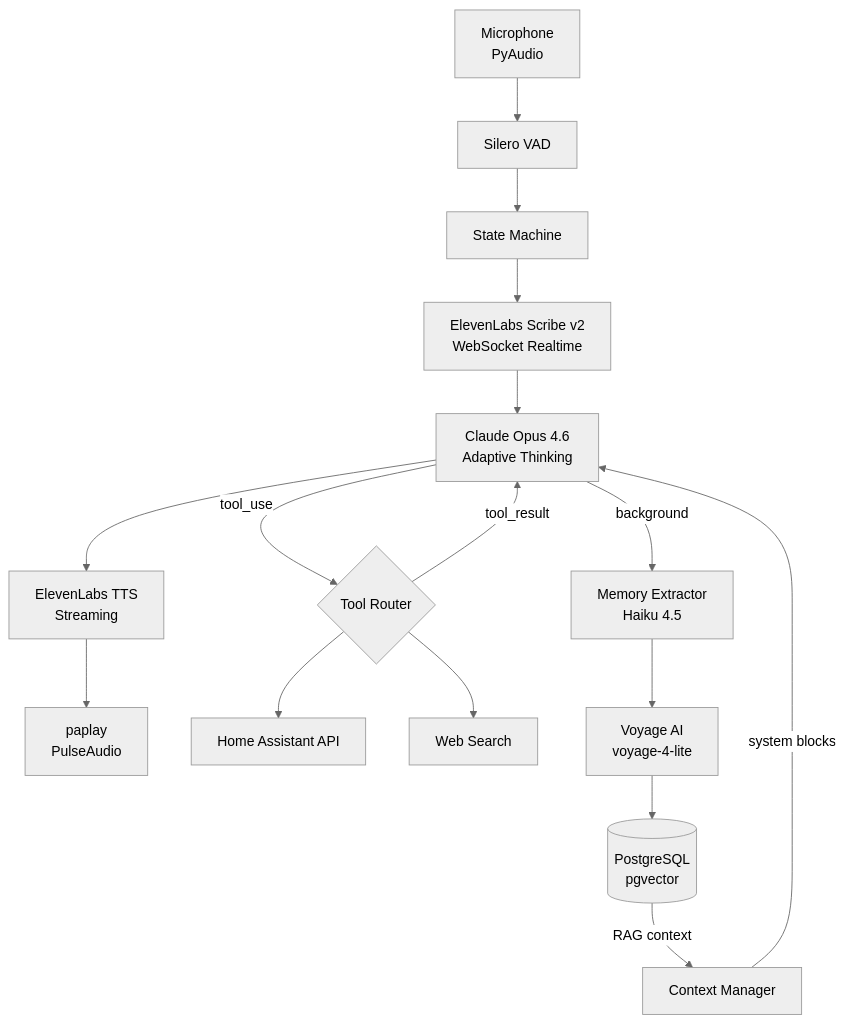
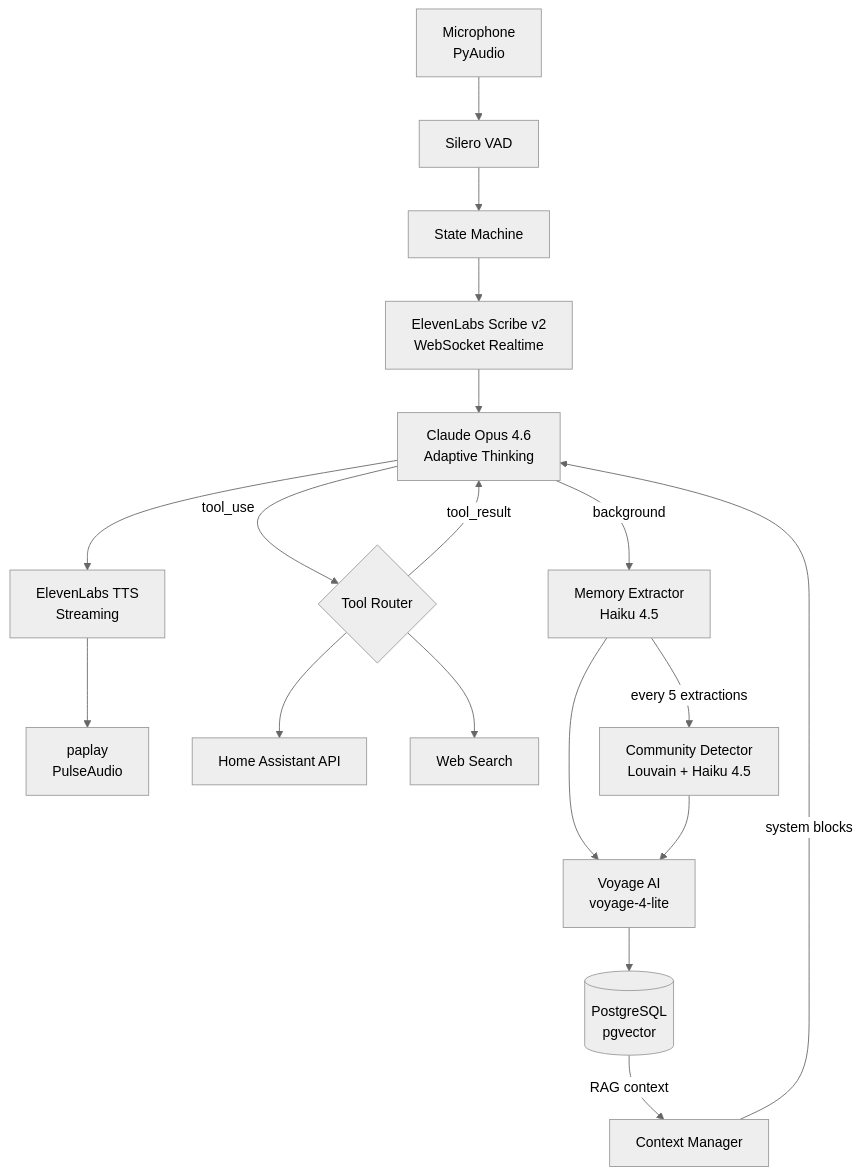
Before and after one commit to NorthProt-Inc/prot: the first of 2 diagrams in README.md, drawn with Mermaid (neutral theme). The commit also changed other lines of this file and 3 other files, not shown here.

````diff
--- a/README.md
+++ b/README.md
@@ -21,20 +23,22 @@
 ```mermaid
 graph TD
     MIC[Microphone<br/>PyAudio] --> VAD[Silero VAD]
     VAD --> SM[State Machine]
     SM --> STT[ElevenLabs Scribe v2<br/>WebSocket Realtime]
     STT --> LLM[Claude Opus 4.6<br/>Adaptive Thinking]
     LLM --> TTS[ElevenLabs TTS<br/>Streaming]
     TTS --> PLAY[paplay<br/>PulseAudio]
 
     LLM -->|tool_use| TOOLS{Tool Router}
     TOOLS --> HASS[Home Assistant API]
     TOOLS --> WEB[Web Search]
     TOOLS -->|tool_result| LLM
 
     LLM -->|background| MEM[Memory Extractor<br/>Haiku 4.5]
     MEM --> EMB[Voyage AI<br/>voyage-4-lite]
     EMB --> DB[(PostgreSQL<br/>pgvector)]
+    MEM -->|every 5 extractions| COMM[Community Detector<br/>Louvain + Haiku 4.5]
+    COMM --> EMB
     DB -->|RAG context| CTX[Context Manager]
     CTX -->|system blocks| LLM
 ```
````
